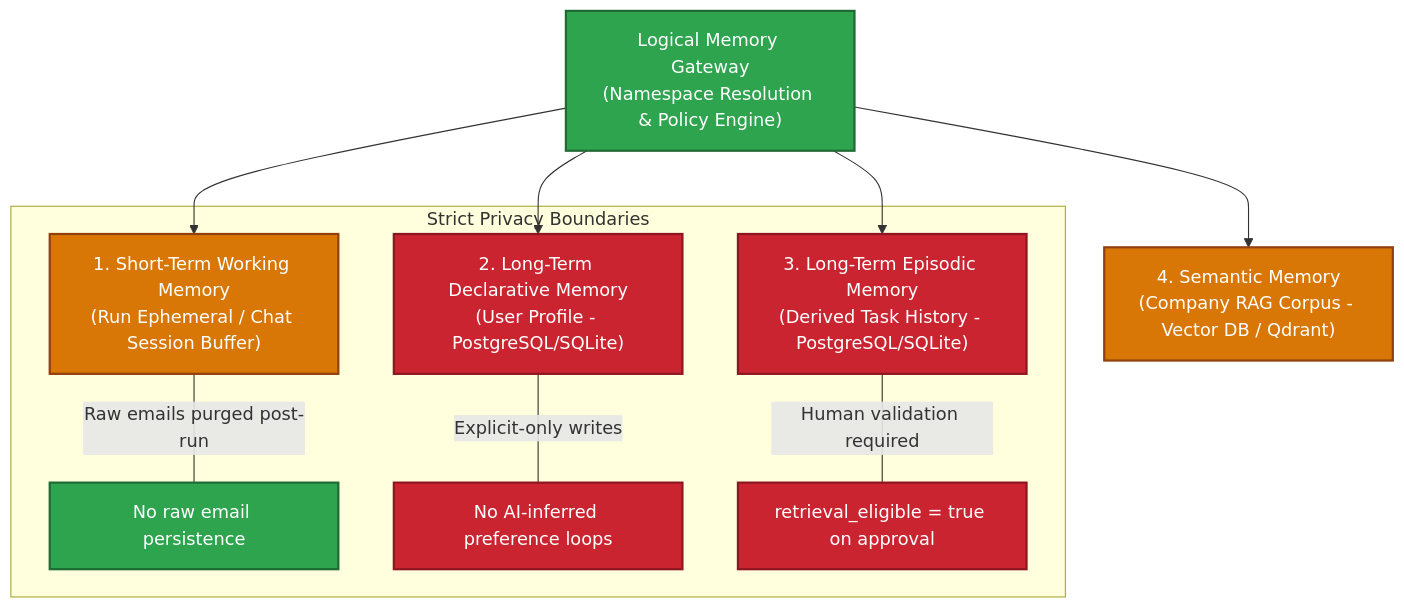
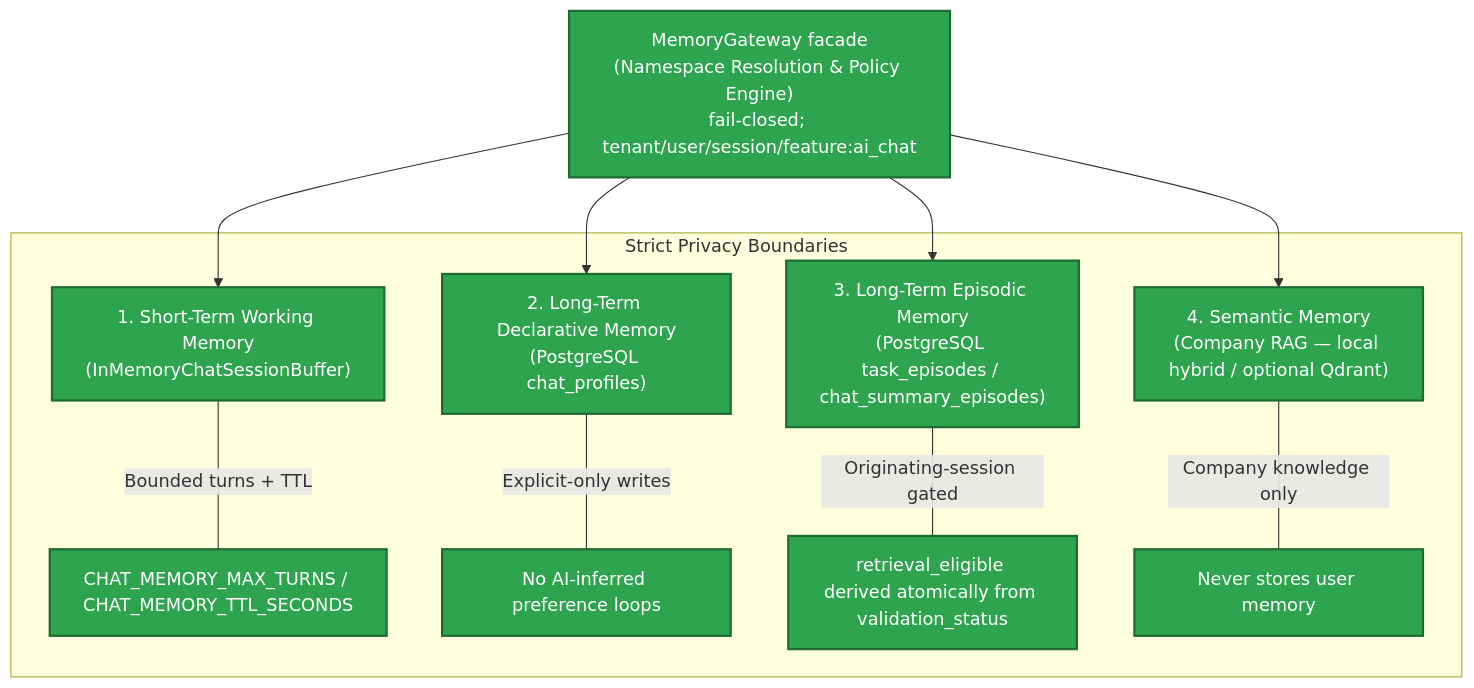
One commit to MathematicGuy/EMAIL-AGENT-v1 changed the first of 2 diagrams in docs/references/memory-system-and-chat-demo-analysis.md. Above: the diagram before and after it, drawn with Mermaid. The commit also changed other lines of this file and 23 other files, not shown here.

First line of the commit message:
feat(chat): complete V2-M6 memory evaluation and governance

````diff
--- a/docs/references/memory-system-and-chat-demo-analysis.md
+++ b/docs/references/memory-system-and-chat-demo-analysis.md
@@ -26,19 +27,20 @@
 ```mermaid
 flowchart TD
     classDef green fill:#2ea44f,stroke:#1e6b33,stroke-width:2px,color:#ffffff;
     classDef red fill:#cb2431,stroke:#8e1621,stroke-width:2px,color:#ffffff;
     classDef yellow fill:#d97706,stroke:#92400e,stroke-width:2px,color:#ffffff;
 
-    GW["Logical Memory Gateway<br/>(Namespace Resolution & Policy Engine)"]:::green
+    GW["MemoryGateway facade<br/>(Namespace Resolution & Policy Engine)<br/>fail-closed; tenant/user/session/feature:ai_chat"]:::green
 
-    GW --> WM["1. Short-Term Working Memory<br/>(Run Ephemeral / Chat Session Buffer)"]:::yellow
-    GW --> DM["2. Long-Term Declarative Memory<br/>(User Profile - PostgreSQL/SQLite)"]:::red
-    GW --> EM["3. Long-Term Episodic Memory<br/>(Derived Task History - PostgreSQL/SQLite)"]:::red
-    GW --> SM["4. Semantic Memory<br/>(Company RAG Corpus - Vector DB / Qdrant)"]:::yellow
+    GW --> WM["1. Short-Term Working Memory<br/>(InMemoryChatSessionBuffer)"]:::green
+    GW --> DM["2. Long-Term Declarative Memory<br/>(PostgreSQL chat_profiles)"]:::green
+    GW --> EM["3. Long-Term Episodic Memory<br/>(PostgreSQL task_episodes / chat_summary_episodes)"]:::green
+    GW --> SM["4. Semantic Memory<br/>(Company RAG — local hybrid / optional Qdrant)"]:::green
 
     subgraph Boundaries["Strict Privacy Boundaries"]
-        WM ---|"Raw emails purged post-run"| WM_PURGE["No raw email persistence"]:::green
-        DM ---|"Explicit-only writes"| DM_POLICY["No AI-inferred preference loops"]:::red
-        EM ---|"Human validation required"| EM_GATE["retrieval_eligible = true on approval"]:::red
+        WM ---|"Bounded turns + TTL"| WM_POLICY["CHAT_MEMORY_MAX_TURNS / CHAT_MEMORY_TTL_SECONDS"]:::green
+        DM ---|"Explicit-only writes"| DM_POLICY["No AI-inferred preference loops"]:::green
+        EM ---|"Originating-session gated"| EM_GATE["retrieval_eligible derived atomically from validation_status"]:::green
+        SM ---|"Company knowledge only"| SM_POLICY["Never stores user memory"]:::green
     end
 ```
````
